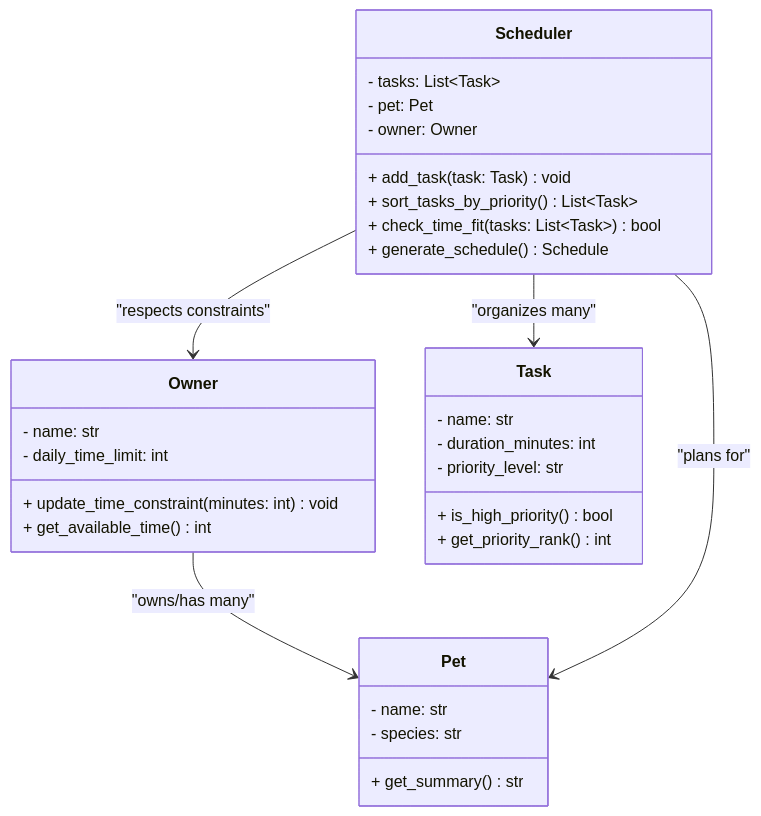
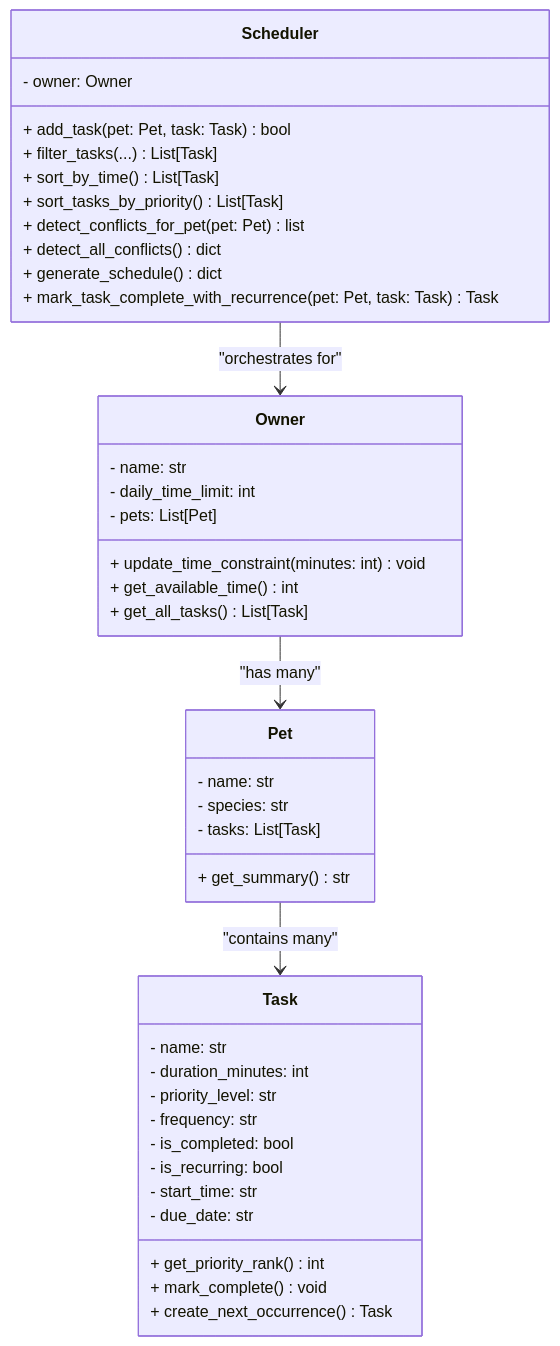
The diagram in pawpal_design.md (bhanusupraja/ai110-module2show-pawpal-starter), drawn with Mermaid before and after one commit. The commit also changed other lines of this file and 6 other files, not shown here.

````diff
--- a/pawpal_design.md
+++ b/pawpal_design.md
@@ -5,38 +5,48 @@
 ```mermaid
 classDiagram
     class Pet {
         - name: str
         - species: str
+        - tasks: List[Task]
         + get_summary() str
-    }
-
-    class Owner {
-        - name: str
-        - daily_time_limit: int
-        + update_time_constraint(minutes: int) void
-        + get_available_time() int
     }
 
     class Task {
         - name: str
         - duration_minutes: int
         - priority_level: str
-        + is_high_priority() bool
+        - frequency: str
+        - is_completed: bool
+        - is_recurring: bool
+        - start_time: str
+        - due_date: str
         + get_priority_rank() int
+        + mark_complete() void
+        + create_next_occurrence() Task
+    }
+
+    class Owner {
+        - name: str
+        - daily_time_limit: int
+        - pets: List[Pet]
+        + update_time_constraint(minutes: int) void
+        + get_available_time() int
+        + get_all_tasks() List[Task]
     }
 
     class Scheduler {
-        - tasks: List~Task~
-        - pet: Pet
         - owner: Owner
-        + add_task(task: Task) void
-        + sort_tasks_by_priority() List~Task~
-        + check_time_fit(tasks: List~Task~) bool
-        + generate_schedule() Schedule
+        + add_task(pet: Pet, task: Task) bool
+        + filter_tasks(...) List[Task]
+        + sort_by_time() List[Task]
+        + sort_tasks_by_priority() List[Task]
+        + detect_conflicts_for_pet(pet: Pet) list
+        + detect_all_conflicts() dict
+        + generate_schedule() dict
+        + mark_task_complete_with_recurrence(pet: Pet, task: Task) Task
     }
 
-    Owner --> Pet : "owns/has many"
-    Scheduler --> Pet : "plans for"
-    Scheduler --> Owner : "respects constraints"
-    Scheduler --> Task : "organizes many"
+    Owner --> Pet : "has many"
+    Pet --> Task : "contains many"
+    Scheduler --> Owner : "orchestrates for"
 ```
````
